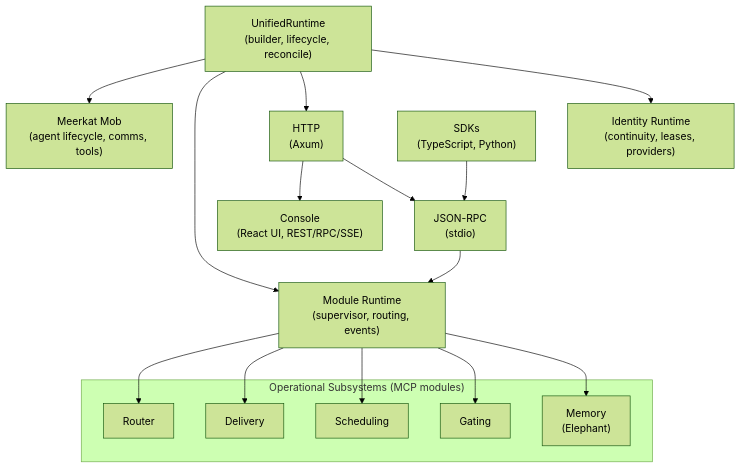
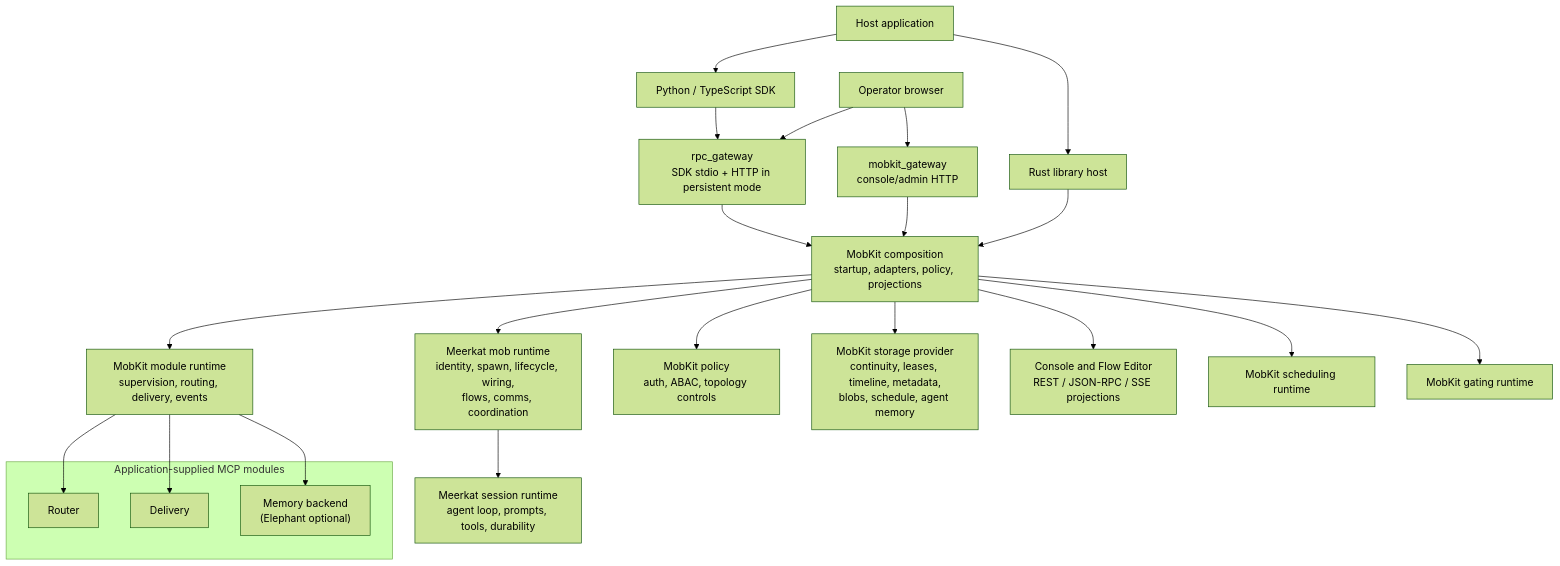
One commit to carenic/meerkat changed the first of 2 diagrams in docs/mobkit/reference/architecture.mdx. Above: the diagram before and after it, drawn with Mermaid (forest theme). The commit also changed other lines of this file and 24 other files, not shown here.

Commit message:
fix(docs): publish MobKit through protected PR (#1007)

````diff
--- a/docs/mobkit/reference/architecture.mdx
+++ b/docs/mobkit/reference/architecture.mdx
@@ -18,36 +44,46 @@
 ```mermaid
 graph TD
-    MOB["Meerkat Mob<br/>(agent lifecycle, comms, tools)"]
-    UNIFIED["UnifiedRuntime<br/>(builder, lifecycle, reconcile)"]
-    MODULES["Module Runtime<br/>(supervisor, routing, events)"]
-    CONSOLE["Console<br/>(React UI, REST/RPC/SSE)"]
-    IDENTITY["Identity Runtime<br/>(continuity, leases, providers)"]
+    APP["Host application"]
+    SDK["Python / TypeScript SDK"]
+    OPERATOR["Operator browser"]
+    LIB["Rust library host"]
+    RPCG["rpc_gateway<br/>SDK stdio + HTTP in persistent mode"]
+    HTTPG["mobkit_gateway<br/>console/admin HTTP"]
+    UNIFIED["MobKit composition<br/>startup, adapters, policy, projections"]
+    MOB["Meerkat mob runtime<br/>identity, spawn, lifecycle, wiring,<br/>flows, comms, coordination"]
+    SESSION["Meerkat session runtime<br/>agent loop, prompts, tools, durability"]
+    MODULES["MobKit module runtime<br/>supervision, routing, delivery, events"]
+    POLICY["MobKit policy<br/>auth, ABAC, topology controls"]
+    STORES["MobKit storage provider<br/>continuity, leases, timeline, metadata,<br/>blobs, schedule, agent memory"]
+    CONSOLE["Console and Flow Editor<br/>REST / JSON-RPC / SSE projections"]
+    SCHEDULING["MobKit scheduling runtime"]
+    GATING["MobKit gating runtime"]
 
-    subgraph subsystems["Operational Subsystems (MCP modules)"]
+    subgraph subsystems["Application-supplied MCP modules"]
         ROUTER["Router"]
         DELIVERY["Delivery"]
-        SCHEDULING["Scheduling"]
-        GATING["Gating"]
-        MEMORY["Memory<br/>(Elephant)"]
+        MEMORY["Memory backend<br/>(Elephant optional)"]
     end
 
-    RPC["JSON-RPC<br/>(stdio)"]
-    HTTP["HTTP<br/>(Axum)"]
-    SDKs["SDKs<br/>(TypeScript, Python)"]
-
+    APP --> SDK
+    APP --> LIB
+    SDK --> RPCG
+    OPERATOR --> HTTPG
+    OPERATOR --> RPCG
+    RPCG --> UNIFIED
+    HTTPG --> UNIFIED
+    LIB --> UNIFIED
     UNIFIED --> MOB
+    MOB --> SESSION
     UNIFIED --> MODULES
-    UNIFIED --> HTTP
-    UNIFIED --> IDENTITY
+    UNIFIED --> POLICY
+    UNIFIED --> STORES
+    UNIFIED --> CONSOLE
+    UNIFIED --> SCHEDULING
+    UNIFIED --> GATING
 
     MODULES --> ROUTER
     MODULES --> DELIVERY
-    MODULES --> SCHEDULING
-    MODULES --> GATING
     MODULES --> MEMORY
 
-    HTTP --> CONSOLE
-    RPC --> MODULES
-    SDKs --> RPC
-    HTTP --> RPC
 ```
````
